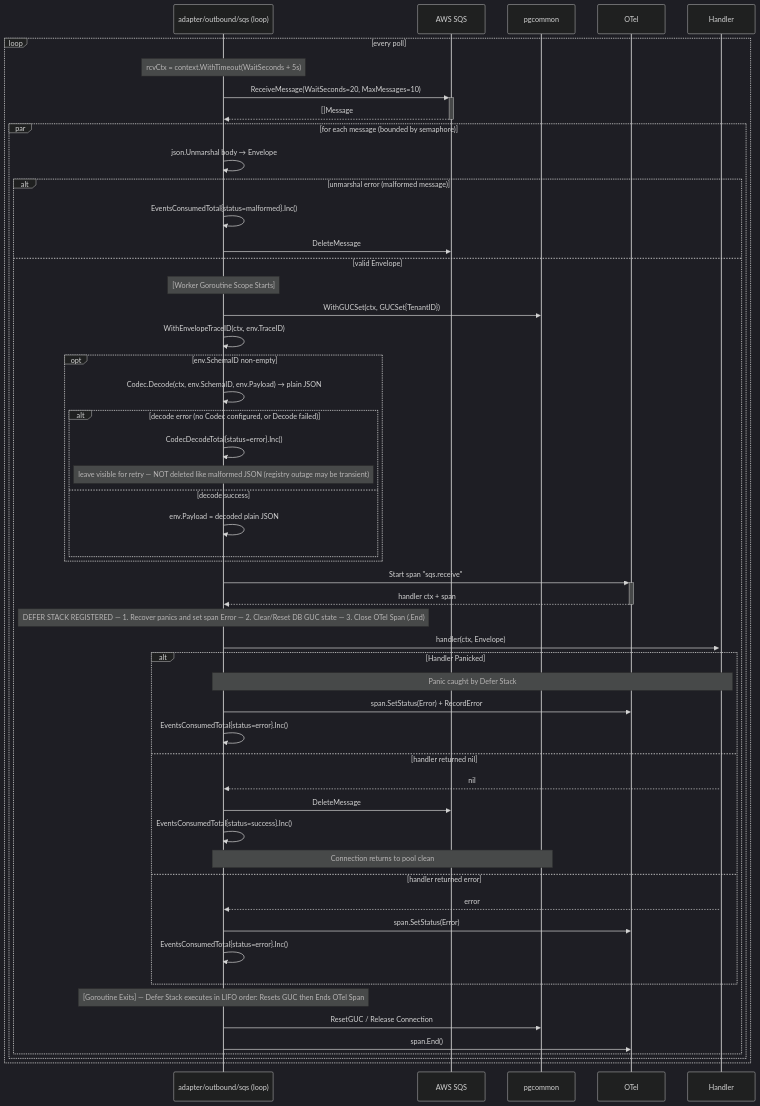
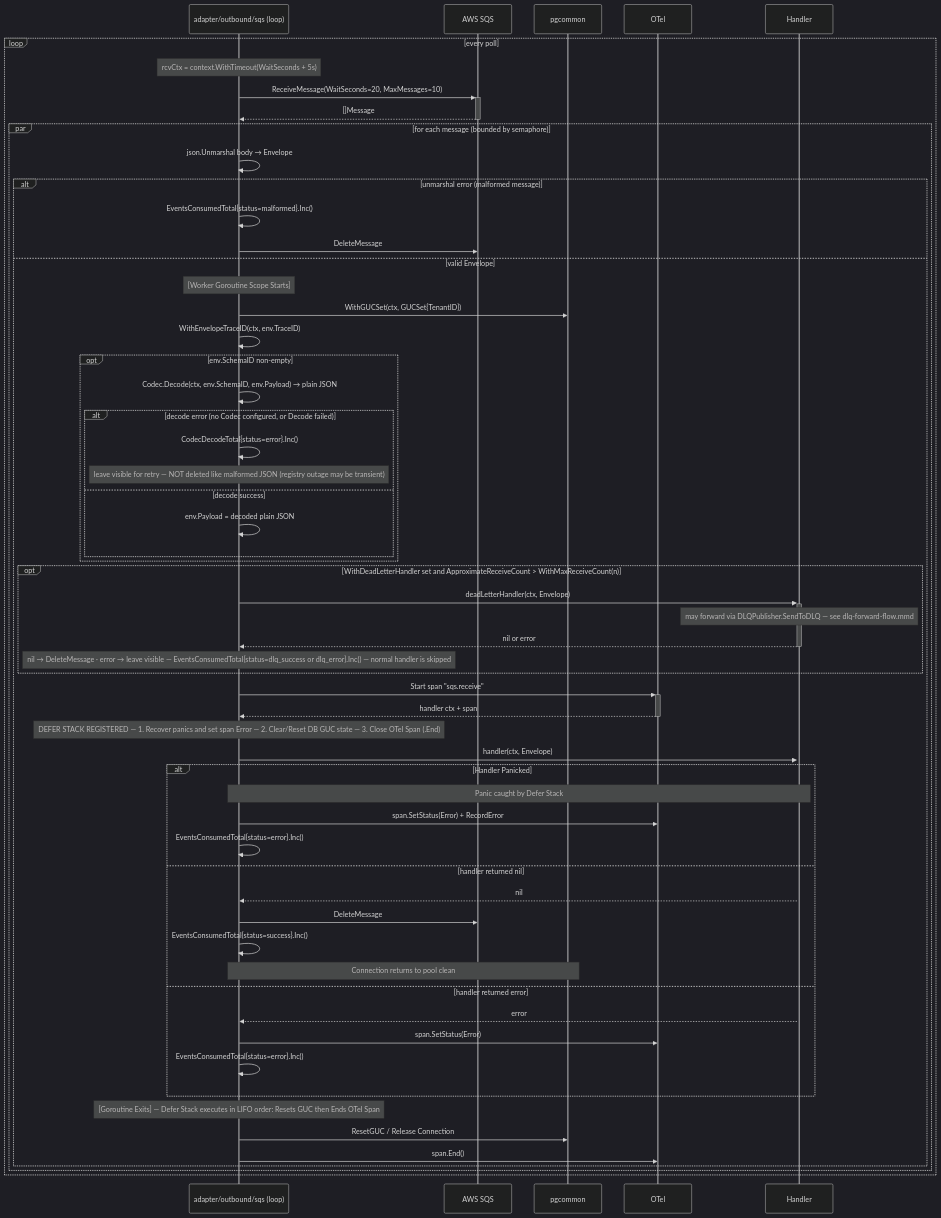
One commit to BCBP-SOLUTIONS-FZC-LLC/platform-events changed the diagram in docs/architecture/mermaid/sqs-consume-flow.mmd. Above: the diagram before and after it, drawn with Mermaid (dark theme). The commit also changed 27 other files, not shown here.

First line of the commit message:
docs: restructure README and ARCHITECTURE, document DLQ forwarding

```diff
--- a/docs/architecture/mermaid/sqs-consume-flow.mmd
+++ b/docs/architecture/mermaid/sqs-consume-flow.mmd
@@ -1,61 +1,68 @@
 sequenceDiagram
     participant SQSAdp as adapter/outbound/sqs (loop)
     participant SQS as AWS SQS
     participant pgcommon
     participant OTel
     participant Handler
 
     loop every poll
         Note over SQSAdp: rcvCtx = context.WithTimeout(WaitSeconds + 5s)
         SQSAdp ->>+ SQS: ReceiveMessage(WaitSeconds=20, MaxMessages=10)
         SQS -->>- SQSAdp: []Message
 
         par for each message (bounded by semaphore)
             SQSAdp ->> SQSAdp: json.Unmarshal body → Envelope
 
             alt unmarshal error (malformed message)
                 SQSAdp ->> SQSAdp: EventsConsumedTotal{status=malformed}.Inc()
                 SQSAdp ->> SQS: DeleteMessage
             else valid Envelope
                 Note over SQSAdp: [Worker Goroutine Scope Starts]
                 SQSAdp ->> pgcommon: WithGUCSet(ctx, GUCSet{TenantID})
                 SQSAdp ->> SQSAdp: WithEnvelopeTraceID(ctx, env.TraceID)
 
                 opt env.SchemaID non-empty
                     SQSAdp ->> SQSAdp: Codec.Decode(ctx, env.SchemaID, env.Payload) → plain JSON
                     alt decode error (no Codec configured, or Decode failed)
                         SQSAdp ->> SQSAdp: CodecDecodeTotal{status=error}.Inc()
                         Note over SQSAdp: leave visible for retry — NOT deleted like malformed JSON (registry outage may be transient)
                     else decode success
                         SQSAdp ->> SQSAdp: env.Payload = decoded plain JSON
                     end
                 end
 
+                opt WithDeadLetterHandler set and ApproximateReceiveCount > WithMaxReceiveCount(n)
+                    SQSAdp ->>+ Handler: deadLetterHandler(ctx, Envelope)
+                    Note over Handler: may forward via DLQPublisher.SendToDLQ — see dlq-forward-flow.mmd
+                    Handler -->>- SQSAdp: nil or error
+                    Note over SQSAdp: nil → DeleteMessage · error → leave visible — EventsConsumedTotal{status=dlq_success or dlq_error}.Inc() — normal handler is skipped
+                end
+
                 SQSAdp ->>+ OTel: Start span "sqs.receive"
                 OTel -->>- SQSAdp: handler ctx + span
 
                 Note over SQSAdp: DEFER STACK REGISTERED — 1. Recover panics and set span Error — 2. Clear/Reset DB GUC state — 3. Close OTel Span (.End)
 
                 SQSAdp ->>+ Handler: handler(ctx, Envelope)
 
                 alt Handler Panicked
                     Note over Handler,SQSAdp: Panic caught by Defer Stack
                     SQSAdp ->> OTel: span.SetStatus(Error) + RecordError
                     SQSAdp ->> SQSAdp: EventsConsumedTotal{status=error}.Inc()
                 else handler returned nil
                     Handler -->> SQSAdp: nil
                     SQSAdp ->> SQS: DeleteMessage
                     SQSAdp ->> SQSAdp: EventsConsumedTotal{status=success}.Inc()
                     Note over SQSAdp,pgcommon: Connection returns to pool clean
                 else handler returned error
                     Handler -->> SQSAdp: error
                     SQSAdp ->> OTel: span.SetStatus(Error)
                     SQSAdp ->> SQSAdp: EventsConsumedTotal{status=error}.Inc()
                 end
 
                 Note over SQSAdp: [Goroutine Exits] — Defer Stack executes in LIFO order: Resets GUC then Ends OTel Span
                 SQSAdp ->> pgcommon: ResetGUC / Release Connection
                 SQSAdp ->> OTel: span.End()
             end
         end
     end
```
